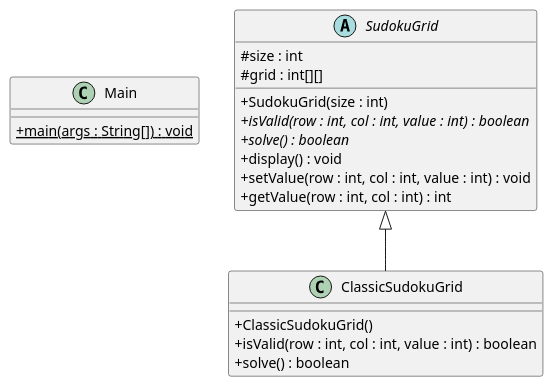
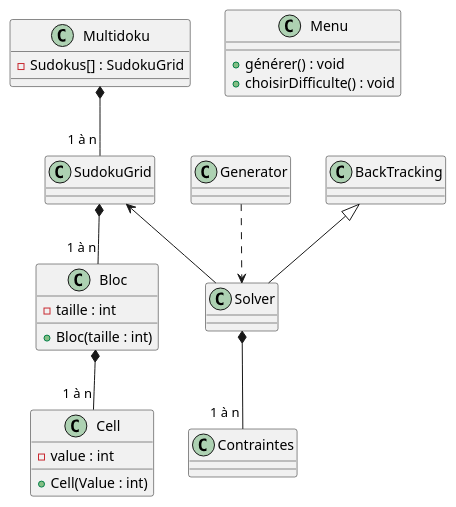
One commit to PolytechLyon/SudokuAPO changed the diagram in Sudoku.puml. Above: the diagram before and after it, drawn with PlantUML. The commit also changed 1 other file, not shown here.

Commit message:
diagramme

```diff
--- a/Sudoku.puml
+++ b/Sudoku.puml
@@ -1,29 +1,39 @@
 @startuml
-skinparam classAttributeIconSize 0
-'https://plantuml.com/class-diagram
+class Multidoku {
+    - Sudokus[] : SudokuGrid
+}
+class SudokuGrid{
 
-class Main{
-    + {static} main(args : String[]) : void
 }
 
-abstract class SudokuGrid{
-    # size : int
-    # grid : int[][]
-
-    + SudokuGrid(size : int)
-    + {abstract} isValid(row : int, col : int, value : int) : boolean
-    + {abstract} solve() : boolean
-    + display() : void
-    + setValue(row : int, col : int, value : int) : void
-    + getValue(row : int, col : int) : int
+class Bloc {
+    -taille : int
+    + Bloc(taille : int)
 }
 
-class ClassicSudokuGrid{
-    + ClassicSudokuGrid()
-    + isValid(row : int, col : int, value : int) : boolean
-    + solve() : boolean
+class Cell {
+    -value : int
+    + Cell(Value : int)
 }
 
-SudokuGrid <|-- ClassicSudokuGrid
+class Menu {
+    + générer() : void
+    + choisirDifficulte() : void
+}
 
+class Solver {
+}
+class Contraintes {
+}
+
+class Generator {
+}
+
+Multidoku*-- "1 à n" SudokuGrid
+Solver*-- "1 à n" Contraintes
+SudokuGrid<--Solver
+SudokuGrid*-- "1 à n" Bloc
+Bloc*-- "1 à n" Cell
+Generator ..> Solver
+BackTracking <|-- Solver
 @enduml
```
